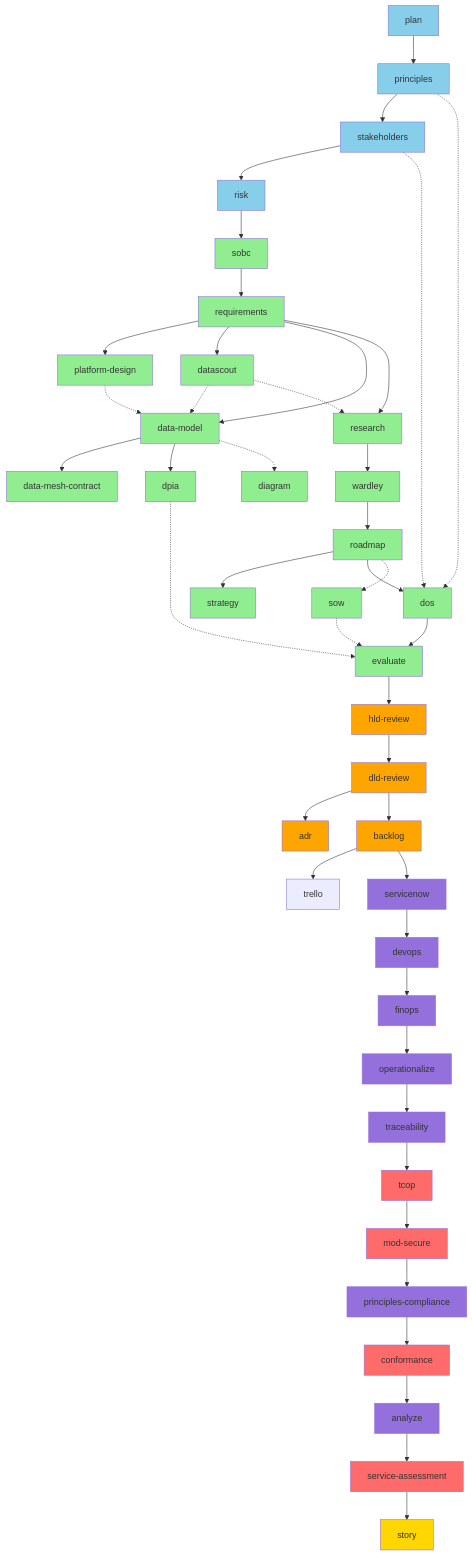
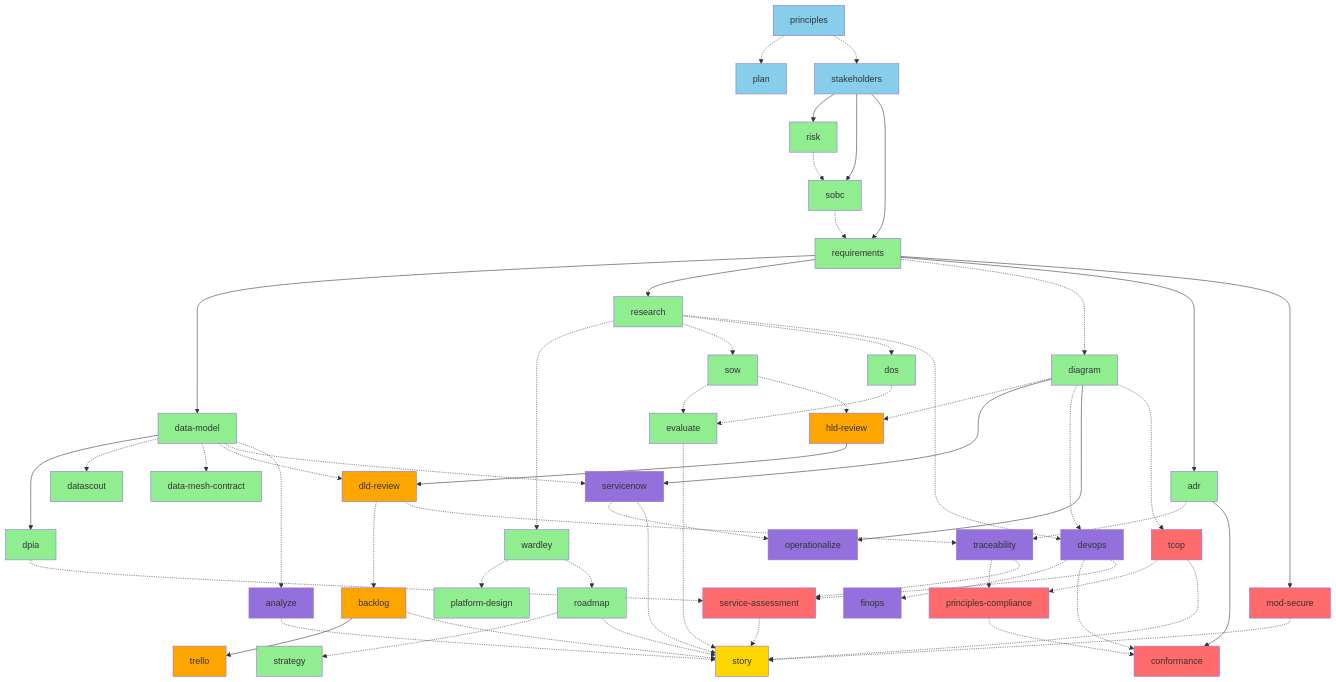
The fourth of 14 diagrams in docs/WORKFLOW-DIAGRAMS.md (tractorjuice/arc-kit), drawn with Mermaid before and after one commit. The commit also changed other lines of this file, not shown here.

First line of the commit message:
docs: redraw WORKFLOW-DIAGRAMS.md from the dependency data

````diff
--- a/docs/WORKFLOW-DIAGRAMS.md
+++ b/docs/WORKFLOW-DIAGRAMS.md
@@ -355,100 +516,148 @@
 ```mermaid
 graph TD
-    %% Tier 0-1: Foundation
-    A[plan] --> B[principles]
-    B --> C[stakeholders]
-    C --> D[risk]
+    %% Tier 0
+    principles[principles]
+    plan[plan]
+    %% Tier 1
+    stakeholders[stakeholders]
+    %% Tier 2
+    risk[risk]
+    %% Tier 3
+    sobc[sobc]
+    %% Tier 4
+    requirements[requirements]
+    %% Tier 5
+    platform_design[platform-design]
+    roadmap[roadmap]
+    strategy[strategy]
+    %% Tier 6
+    data_model[data-model]
+    dpia[dpia]
+    research[research]
+    datascout[datascout]
+    wardley[wardley]
+    diagram[diagram]
+    adr[adr]
+    data_mesh_contract[data-mesh-contract]
+    %% Tier 7
+    sow[sow]
+    dos[dos]
+    evaluate[evaluate]
+    %% Tier 8
+    hld_review[hld-review]
+    dld_review[dld-review]
+    %% Tier 9
+    backlog[backlog]
+    %% Tier 10
+    trello[trello]
+    %% Tier 11
+    servicenow[servicenow]
+    devops[devops]
+    finops[finops]
+    operationalize[operationalize]
+    traceability[traceability]
+    %% Tier 12
+    analyze[analyze]
+    %% Tier 13
+    principles_compliance[principles-compliance]
+    conformance[conformance]
+    service_assessment[service-assessment]
+    tcop[tcop]
+    mod_secure[mod-secure]
+    %% Tier 14
+    story[story]
 
-    %% Tier 2-4: Business Case & Requirements
-    D --> E[sobc]
-    E --> F[requirements]
+    principles -.-> plan
+    principles -.-> stakeholders
+    stakeholders --> risk
+    stakeholders --> sobc
+    risk -.-> sobc
+    stakeholders --> requirements
+    sobc -.-> requirements
+    wardley -.-> platform_design
+    wardley -.-> roadmap
+    roadmap -.-> strategy
+    requirements --> data_model
+    data_model --> dpia
+    requirements --> research
+    data_model -.-> datascout
+    research -.-> wardley
+    requirements -.-> diagram
+    requirements --> adr
+    data_model -.-> data_mesh_contract
+    research -.-> sow
+    research -.-> dos
+    sow -.-> evaluate
+    dos -.-> evaluate
+    diagram -.-> hld_review
+    sow -.-> hld_review
+    data_model -.-> dld_review
+    hld_review --> dld_review
+    dld_review -.-> backlog
+    backlog --> trello
+    data_model -.-> servicenow
+    diagram --> servicenow
+    research -.-> devops
+    diagram -.-> devops
+    devops -.-> finops
+    diagram --> operationalize
+    servicenow -.-> operationalize
+    adr -.-> traceability
+    dld_review -.-> traceability
+    data_model -.-> analyze
+    traceability -.-> principles_compliance
+    tcop -.-> principles_compliance
+    adr --> conformance
+    devops -.-> conformance
+    principles_compliance -.-> conformance
+    dpia -.-> service_assessment
+    devops -.-> service_assessment
+    traceability -.-> service_assessment
+    diagram -.-> tcop
+    requirements --> mod_secure
+    roadmap -.-> story
+    evaluate -.-> story
+    backlog -.-> story
+    servicenow -.-> story
+    analyze -.-> story
+    service_assessment -.-> story
+    tcop -.-> story
+    mod_secure -.-> story
 
-    %% Tier 5-6: Strategy & Design
-    F --> G[platform-design]
-    F --> F1[datascout]
-    F1 -.-> H
-    F --> H[data-model]
-    G -.-> H
-    H --> I[data-mesh-contract]
-    H --> J[dpia]
-    F --> K[research]
-    F1 -.-> K
-    K --> L[wardley]
-    L --> M[roadmap]
-    M --> M1[strategy]
-    H -.-> U[diagram]
-
-    %% Tier 7: MOD Procurement
-    B -.-> N[dos]
-    C -.-> N
-    M --> N
-    N --> O[evaluate]
-    M -.-> P[sow]
-    P -.-> O
-    J -.-> O
-
-    %% Tier 8: Design Reviews
-    O --> Q[hld-review]
-    Q --> R[dld-review]
-    R --> S[adr]
-
-    %% Tier 9: Implementation
-    R --> T[backlog]
-
-    %% Tier 10: Backlog Export
-    T --> T1t[trello]
-
-    %% Tier 11-12: Operations & Quality
-    T --> V[servicenow]
-    V --> V1[devops]
-    V1 --> V1a[finops]
-    V1a --> V2[operationalize]
-    V2 --> W[traceability]
-
-    %% Tier 13: MOD Compliance
-    W --> W1[tcop]
-    W1 --> W2[mod-secure]
-    W2 --> W3[principles-compliance]
-    W3 --> W4[conformance]
-    W4 --> X[analyze]
-    X --> Y[service-assessment]
-
-    %% Tier 14: Reporting
-    Y --> Z[story]
-
-    style A fill:#87CEEB
-    style B fill:#87CEEB
-    style C fill:#87CEEB
-    style D fill:#87CEEB
-    style E fill:#90EE90
-    style F fill:#90EE90
-    style F1 fill:#90EE90
-    style G fill:#90EE90
-    style H fill:#90EE90
-    style I fill:#90EE90
-    style J fill:#90EE90
-    style K fill:#90EE90
-    style L fill:#90EE90
-    style M fill:#90EE90
-    style M1 fill:#90EE90
-    style N fill:#90EE90
-    style O fill:#90EE90
-    style P fill:#90EE90
-    style Q fill:#FFA500
-    style R fill:#FFA500
-    style S fill:#FFA500
-    style T fill:#FFA500
-    style U fill:#90EE90
-    style V fill:#9370DB
-    style V1 fill:#9370DB
-    style V1a fill:#9370DB
-    style V2 fill:#9370DB
-    style W fill:#9370DB
-    style W1 fill:#FF6B6B
-    style W2 fill:#FF6B6B
-    style W3 fill:#9370DB
-    style W4 fill:#FF6B6B
-    style X fill:#9370DB
-    style Y fill:#FF6B6B
-    style Z fill:#FFD700
+    style principles fill:#87CEEB
+    style plan fill:#87CEEB
+    style stakeholders fill:#87CEEB
+    style risk fill:#90EE90
+    style sobc fill:#90EE90
+    style requirements fill:#90EE90
+    style platform_design fill:#90EE90
+    style roadmap fill:#90EE90
+    style strategy fill:#90EE90
+    style data_model fill:#90EE90
+    style dpia fill:#90EE90
+    style research fill:#90EE90
+    style datascout fill:#90EE90
+    style wardley fill:#90EE90
+    style diagram fill:#90EE90
+    style adr fill:#90EE90
+    style data_mesh_contract fill:#90EE90
+    style sow fill:#90EE90
+    style dos fill:#90EE90
+    style evaluate fill:#90EE90
+    style hld_review fill:#FFA500
+    style dld_review fill:#FFA500
+    style backlog fill:#FFA500
+    style trello fill:#FFA500
+    style servicenow fill:#9370DB
+    style devops fill:#9370DB
+    style finops fill:#9370DB
+    style operationalize fill:#9370DB
+    style traceability fill:#9370DB
+    style analyze fill:#9370DB
+    style principles_compliance fill:#FF6B6B
+    style conformance fill:#FF6B6B
+    style service_assessment fill:#FF6B6B
+    style tcop fill:#FF6B6B
+    style mod_secure fill:#FF6B6B
+    style story fill:#FFD700
 ```
````
